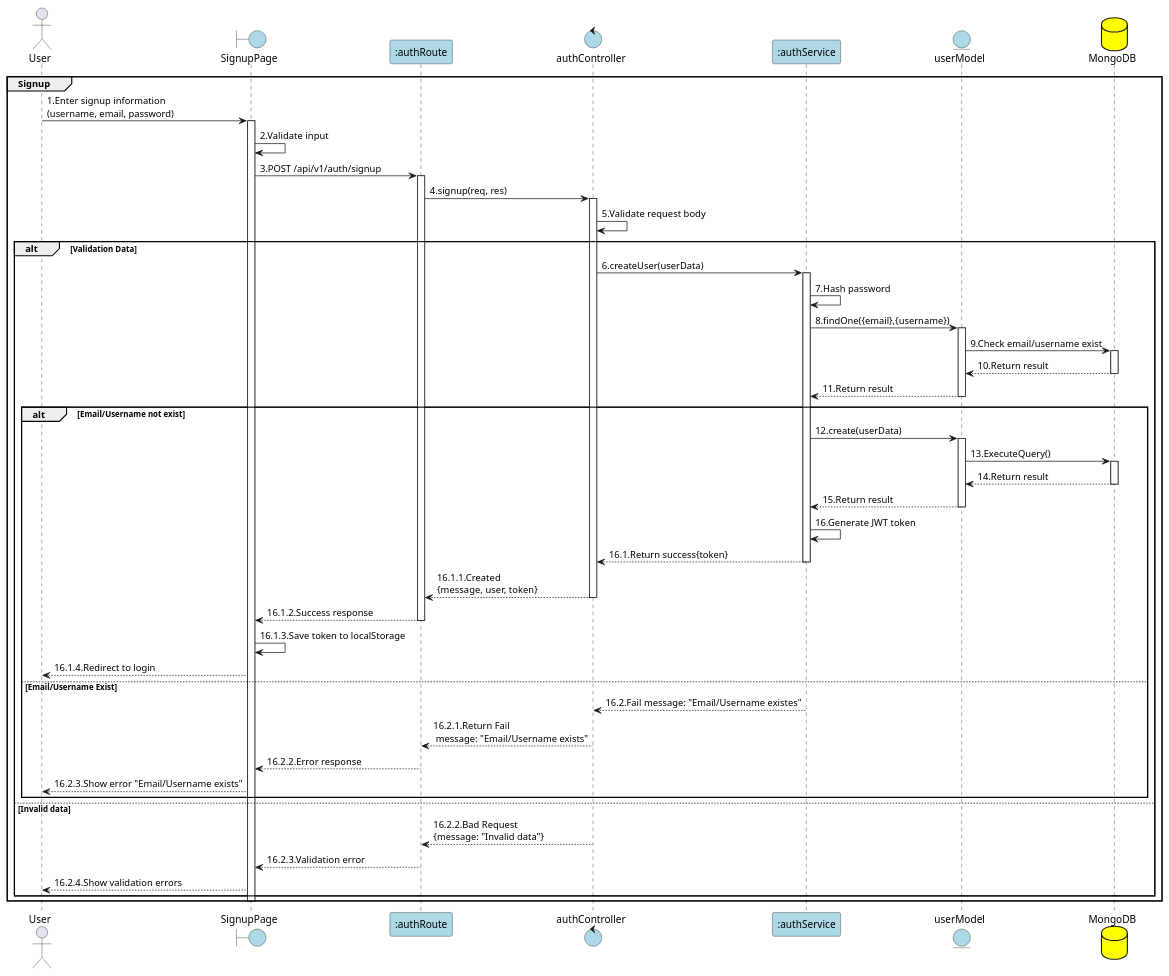
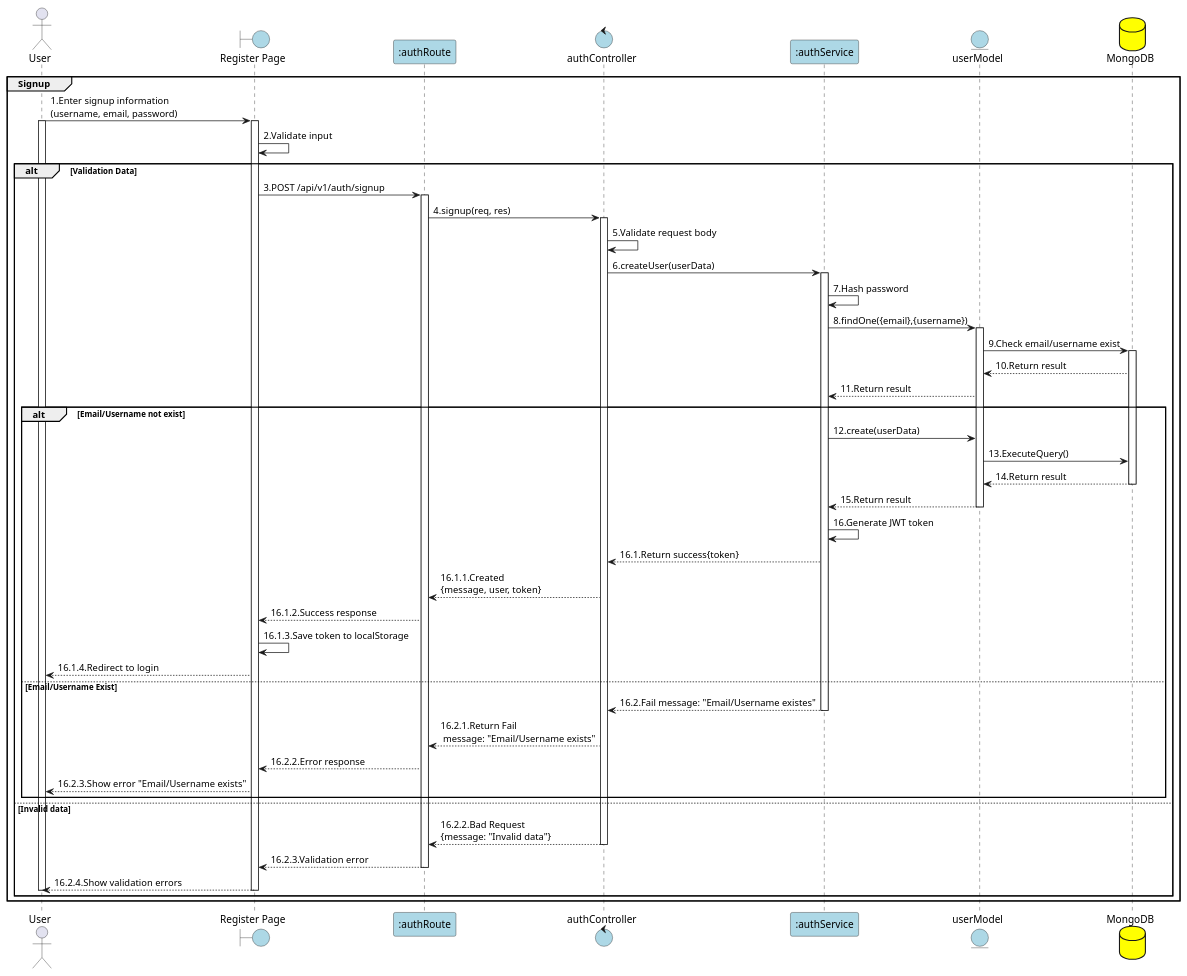
One commit to Aohkne/CaloCook changed the diagram in PlanUML/8_signup.puml. Above: the diagram before and after it, drawn with PlantUML. The commit also changed 23 other files, not shown here.

```diff
--- a/PlanUML/8_signup.puml
+++ b/PlanUML/8_signup.puml
@@ -1,92 +1,84 @@
 @startuml Signup
 
 actor User as "User"
-boundary "SignupPage" as View #lightblue
+boundary "Register Page" as View #lightblue
 participant ":authRoute" as Routes_FE #lightblue
 control "authController" as Controller #lightblue
 participant ":authService" as Service #lightblue
 entity "userModel" as Model #lightblue
 database "MongoDB" as MongoDB #yellow
 
 
 group Signup
 User -> View: 1.Enter signup information\n(username, email, password)
+activate User
 activate View
 
 View -> View: 2.Validate input
-    View -> Routes_FE: 3.POST /api/v1/auth/signup
-    activate Routes_FE
+    alt Validation Data
+         View -> Routes_FE: 3.POST /api/v1/auth/signup
+        activate Routes_FE
     
-    Routes_FE -> Controller: 4.signup(req, res)
-    activate Controller
+        Routes_FE -> Controller: 4.signup(req, res)
+        activate Controller
     
-    Controller -> Controller: 5.Validate request body
+        Controller -> Controller: 5.Validate request body
     
-    alt Validation Data
+
         Controller -> Service: 6.createUser(userData)
         activate Service
         
         Service -> Service: 7.Hash password
         Service -> Model: 8.findOne({email},{username})
         activate Model
         
         Model -> MongoDB: 9.Check email/username exist 
         activate MongoDB
         MongoDB --> Model: 10.Return result
-        deactivate MongoDB
-        
         Model --> Service: 11.Return result
-        deactivate Model
         
         alt Email/Username not exist
             Service -> Model: 12.create(userData)
-            activate Model
             
             Model -> MongoDB: 13.ExecuteQuery()
-            activate MongoDB
             MongoDB --> Model: 14.Return result
             deactivate MongoDB
             
             Model --> Service: 15.Return result
             deactivate Model
             
             Service -> Service: 16.Generate JWT token
             Service --> Controller: 16.1.Return success{token}
-            deactivate Service
             
-            Controller --> Routes_FE: 16.1.1.Created\n{message, user, token}
-            deactivate Controller
+            Controller --> Routes_FE: 16.1.1.Created\n{message, user, token}       
             
             Routes_FE --> View: 16.1.2.Success response
-            deactivate Routes_FE
             
             View -> View: 16.1.3.Save token to localStorage
             View --> User: 16.1.4.Redirect to login
             
         else Email/Username Exist
             Service --> Controller: 16.2.Fail message: "Email/Username existes"
             deactivate Service
             
             Controller --> Routes_FE: 16.2.1.Return Fail\n message: "Email/Username exists"
-            deactivate Controller
             
             Routes_FE --> View: 16.2.2.Error response
-            deactivate Routes_FE
             
             View --> User: 16.2.3.Show error "Email/Username exists"
         end
         
     else Invalid data
         Controller --> Routes_FE: 16.2.2.Bad Request\n{message: "Invalid data"}
         deactivate Controller
         
         Routes_FE --> View: 16.2.3.Validation error
         deactivate Routes_FE
         
         View --> User: 16.2.4.Show validation errors
+        deactivate View
+            deactivate User
     end
-    
 
-deactivate View
 end
 @enduml
```
